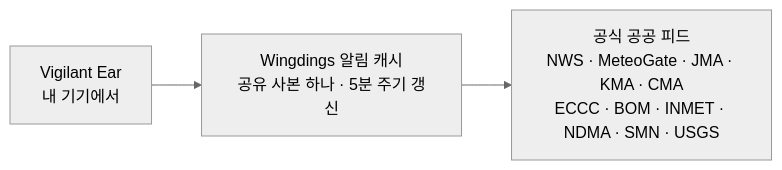
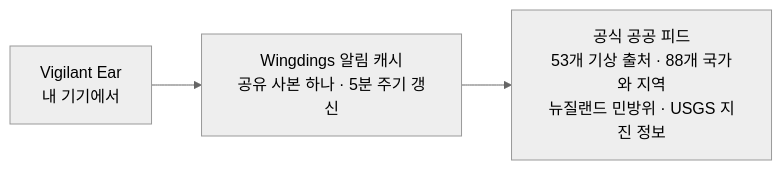
Before and after one commit to rpalm01-star/VigilantEarLegal: the fourth of 4 diagrams in README_ko.md, drawn with Mermaid (neutral theme). The commit also changed other lines of this file and 44 other files, not shown here.

````diff
--- a/README_ko.md
+++ b/README_ko.md
@@ -171,5 +171,5 @@
 ```mermaid
 graph LR
     P1["Vigilant Ear<br/>내 기기에서"] --> W["Wingdings 알림 캐시<br/>공유 사본 하나 · 5분 주기 갱신"]
-    W --> N["공식 공공 피드<br/>NWS · MeteoGate · JMA · KMA · CMA<br/>ECCC · BOM · INMET · NDMA · SMN · USGS"]
+    W --> N["공식 공공 피드<br/>53개 기상 출처 · 88개 국가와 지역<br/>뉴질랜드 민방위 · USGS 지진 정보"]
 ```
````
